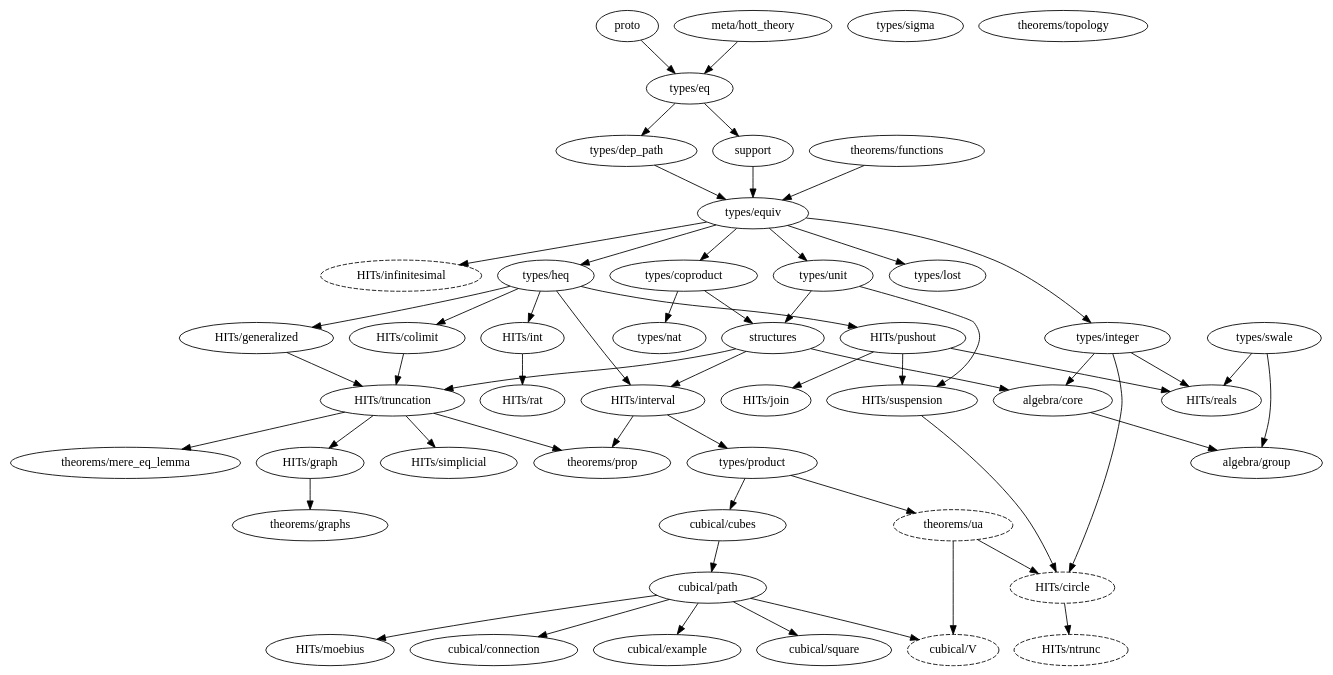
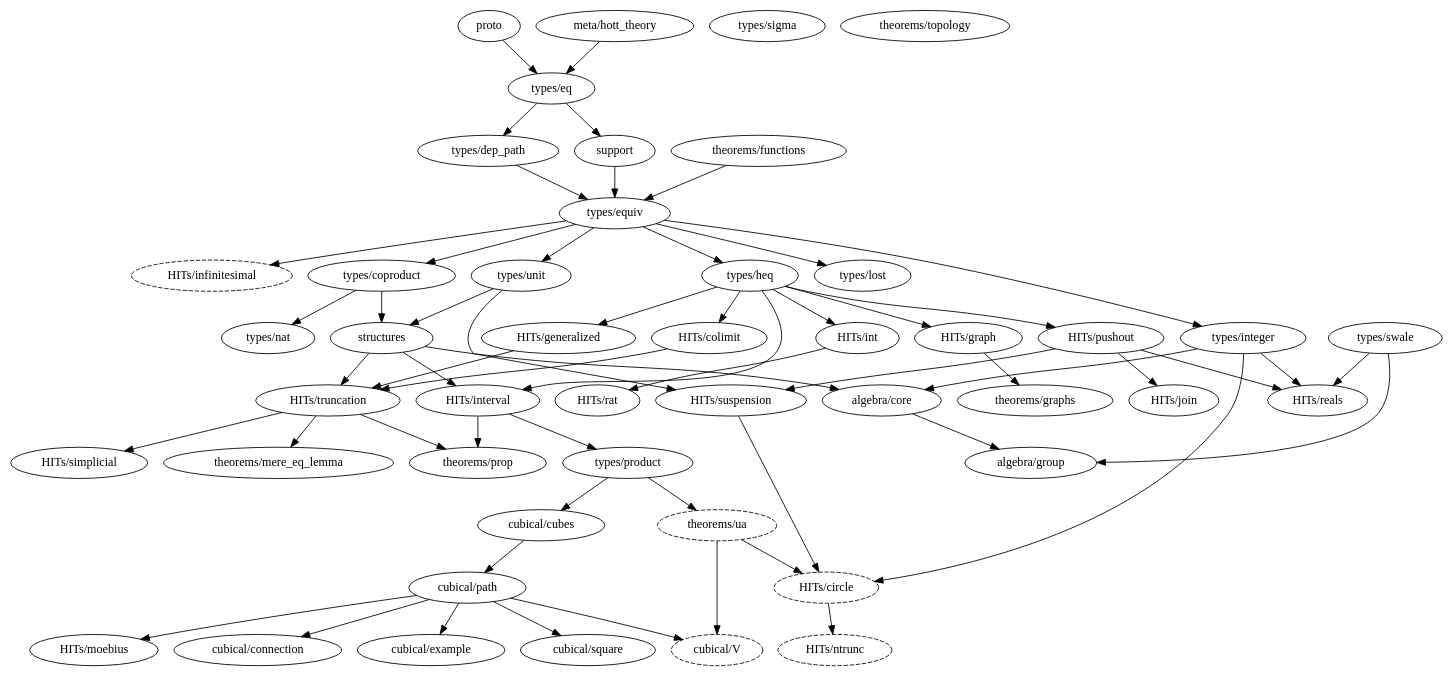
Before and after one commit to forked-from-1kasper/ground_zero: the diagram in dependency_map.gv, drawn with Graphviz. The commit also changed 2 other files, not shown here.

```diff
--- a/dependency_map.gv
+++ b/dependency_map.gv
@@ -1,100 +1,100 @@
 digraph dependency_map {
   proto -> "types/eq"
   "meta/hott_theory" -> "types/eq"
   support -> "types/equiv"
   structures -> { "HITs/interval", "HITs/truncation", "algebra/core" }
 
   subgraph univalence {
     node [style=dashed]
     "HITs/circle"
     "HITs/infinitesimal"
     "HITs/ntrunc"
     "theorems/ua"
     "cubical/V"
   }
 
   subgraph algebra {
     "algebra/core" -> "algebra/group"
     "algebra/group"
   }
 
   subgraph types {
     "types/coproduct" -> { "types/nat", structures }
     "types/dep_path" -> "types/equiv"
     "types/eq" -> { "types/dep_path", support }
     "types/equiv" -> {
       "types/heq",
       "types/integer",
       "HITs/infinitesimal",
       "types/coproduct",
       "types/lost",
       "types/unit"
     }
     "types/heq" -> {
       "HITs/colimit",
       "HITs/generalized",
       "HITs/int",
       "HITs/pushout",
-      "HITs/interval"
+      "HITs/interval",
+      "HITs/graph"
     }
     "types/integer" -> { "HITs/circle", "HITs/reals", "algebra/core" }
     "types/lost"
     "types/nat"
     "types/product" -> { "cubical/cubes", "theorems/ua" }
     "types/sigma"
     "types/swale" -> { "HITs/reals", "algebra/group" }
     "types/unit" -> { structures, "HITs/suspension" }
   }
 
   subgraph HITs {
     "HITs/circle" -> "HITs/ntrunc"
     "HITs/colimit" -> "HITs/truncation"
     "HITs/generalized" -> "HITs/truncation"
     "HITs/graph" -> "theorems/graphs"
     "HITs/infinitesimal"
     "HITs/int" -> "HITs/rat"
     "HITs/interval" -> { "types/product", "theorems/prop" }
     "HITs/join"
     "HITs/moebius"
     "HITs/ntrunc"
     "HITs/pushout" -> {
       "HITs/join",
       "HITs/reals",
       "HITs/suspension"
     }
     "HITs/rat"
     "HITs/reals"
     "HITs/simplicial"
     "HITs/suspension" -> "HITs/circle"
     "HITs/truncation" -> {
       "theorems/mere_eq_lemma",
       "theorems/prop",
-      "HITs/simplicial",
-      "HITs/graph"
+      "HITs/simplicial"
     }
   }
 
   subgraph cubical {
     "cubical/connection"
     "cubical/cubes" -> "cubical/path"
     "cubical/example"
     "cubical/path" -> {
       "cubical/square",
       "cubical/example",
       "cubical/V",
       "cubical/connection",
       "HITs/moebius"
     }
     "cubical/square"
     "cubical/V"
   }
 
   subgraph theorems {
     "theorems/functions" -> "types/equiv"
     "theorems/graphs"
     "theorems/mere_eq_lemma"
     "theorems/prop"
     "theorems/topology"
     "theorems/ua" -> { "HITs/circle", "cubical/V" }
   }
 }
```
